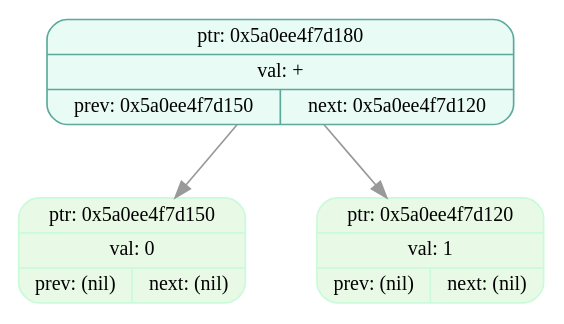
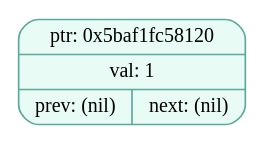
Before and after one commit to EvilTomato9890/Difference: the diagram in dumps/tree_dump_004.dot, drawn with Graphviz. The commit also changed 46 other files, not shown here.

```diff
--- a/dumps/tree_dump_004.dot
+++ b/dumps/tree_dump_004.dot
@@ -1,9 +1,5 @@
 digraph T{
   node [fontname="Fira Mono",shape=record,style="filled,rounded",fontsize=12];
   graph [splines=true, nodesep=0.6, ranksep=0.6];
-  node_0x5a0ee4f7d180[shape=record,label="{ {ptr: 0x5a0ee4f7d180} | {val: +} | { prev: 0x5a0ee4f7d150 | next: 0x5a0ee4f7d120 } }",color="#5aa99b",fillcolor="#e9fbf5"];
-  node_0x5a0ee4f7d150[shape=record,label="{ {ptr: 0x5a0ee4f7d150} | {val: 0} | { prev: (nil) | next: (nil) } }",color="#c9fbdbff",fillcolor="#e8f9e5ff"];
-  node_0x5a0ee4f7d120[shape=record,label="{ {ptr: 0x5a0ee4f7d120} | {val: 1} | { prev: (nil) | next: (nil) } }",color="#c9fbdbff",fillcolor="#e8f9e5ff"];
-  node_0x5a0ee4f7d180 -> node_0x5a0ee4f7d150 [color="#999999"];
-  node_0x5a0ee4f7d180 -> node_0x5a0ee4f7d120 [color="#999999"];
+  node_0x5baf1fc58120[shape=record,label="{ {ptr: 0x5baf1fc58120} | {val: 1} | { prev: (nil) | next: (nil) } }",color="#5aa99b",fillcolor="#e9fbf5"];
 }
```
